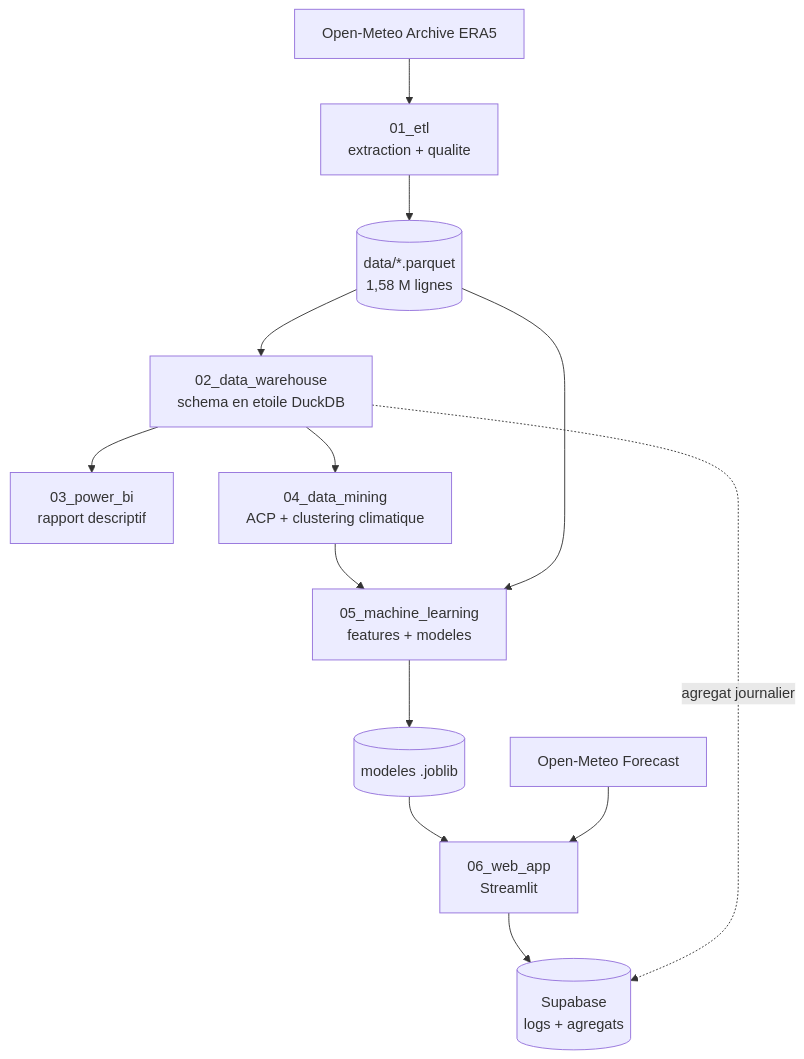
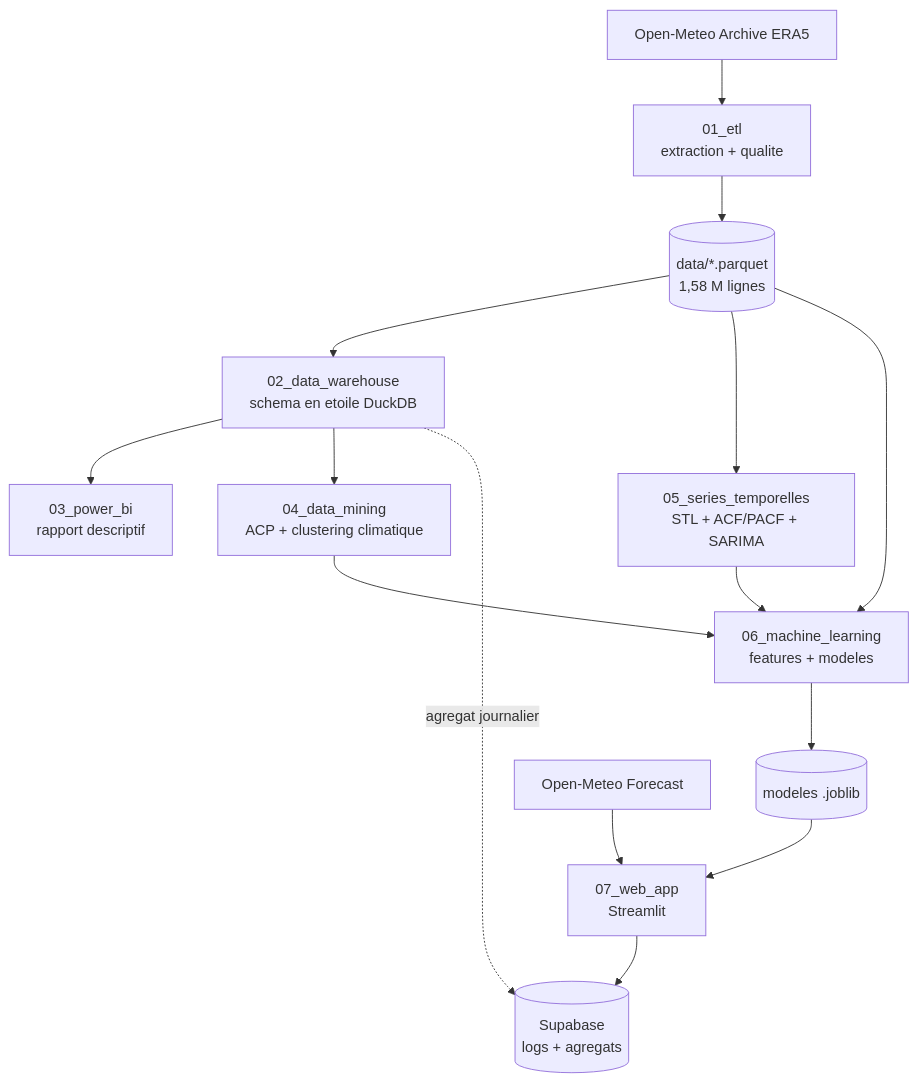
Before and after one commit to AhmedBenArfa/Tunisia-Weather-Prediction: the diagram in README.md, drawn with Mermaid. The commit also changed other lines of this file and 16 other files, not shown here.

````diff
--- a/README.md
+++ b/README.md
@@ -59,15 +59,17 @@
 ```mermaid
 flowchart TB
     API[Open-Meteo Archive ERA5] --> EX[01_etl<br/>extraction + qualite]
     EX --> PQ[(data/*.parquet<br/>1,58 M lignes)]
     PQ --> DW[02_data_warehouse<br/>schema en etoile DuckDB]
     DW --> BI[03_power_bi<br/>rapport descriptif]
     DW --> DM[04_data_mining<br/>ACP + clustering climatique]
-    DM --> ML[05_machine_learning<br/>features + modeles]
+    PQ --> TS[05_series_temporelles<br/>STL + ACF/PACF + SARIMA]
+    DM --> ML[06_machine_learning<br/>features + modeles]
+    TS --> ML
     PQ --> ML
     ML --> MOD[(modeles .joblib)]
-    MOD --> APP[06_web_app<br/>Streamlit]
+    MOD --> APP[07_web_app<br/>Streamlit]
     FC[Open-Meteo Forecast] --> APP
     APP --> SB[(Supabase<br/>logs + agregats)]
     DW -.agregat journalier.-> SB
 ```
````
